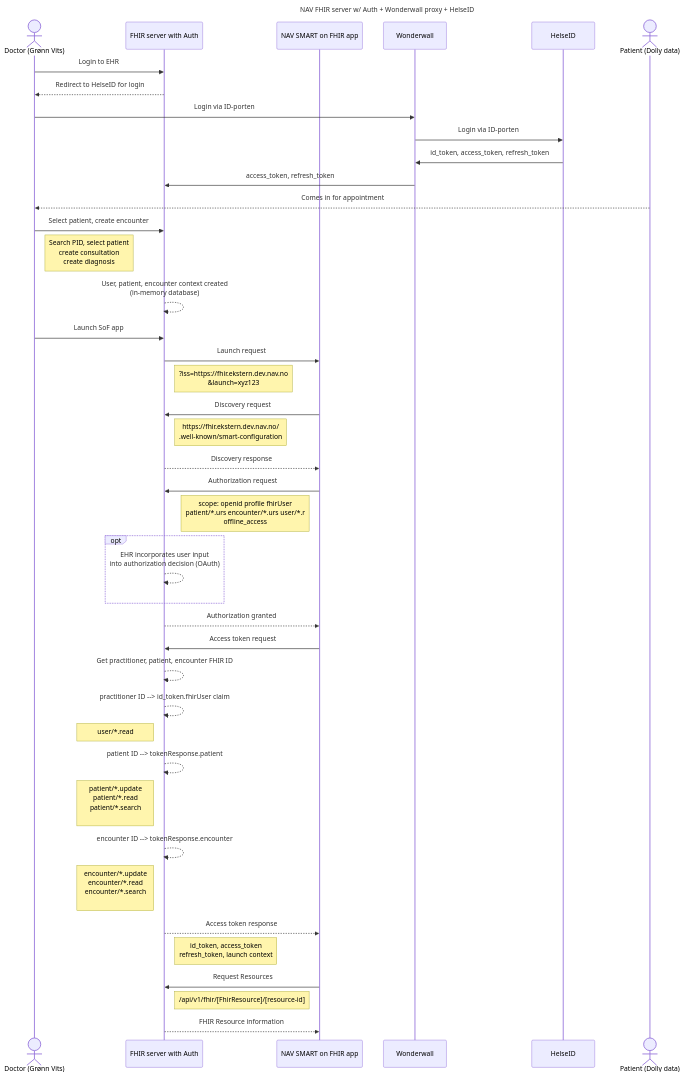
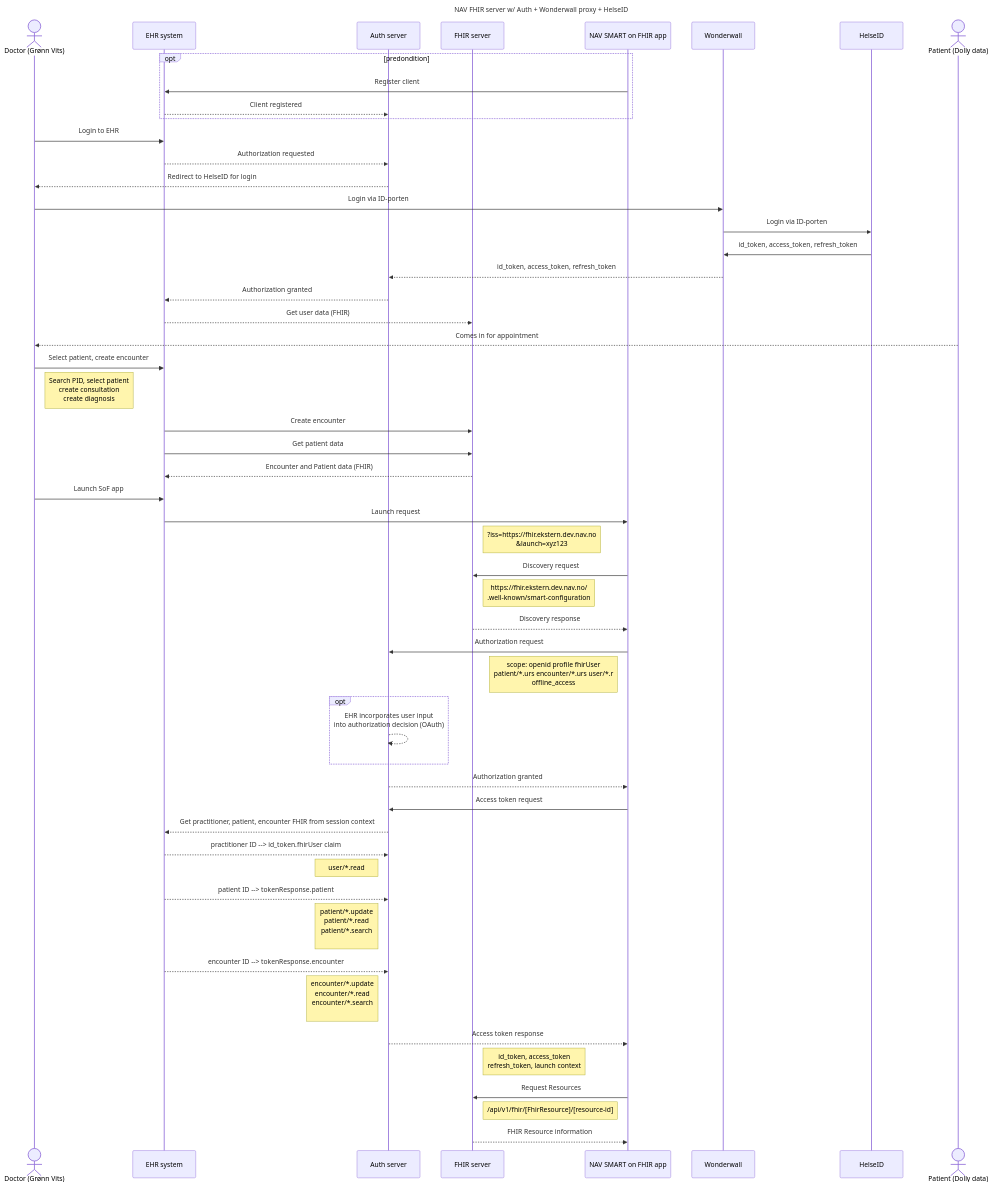
One commit to navikt/nav-fhir-server changed the diagram in README.md. Above: the diagram before and after it, drawn with Mermaid. The commit also changed other lines of this file, not shown here.

Commit message:
Update mermaid chart

````diff
--- a/README.md
+++ b/README.md
@@ -13,48 +24,59 @@
 ```mermaid
 ---
 title: NAV FHIR server w/ Auth + Wonderwall proxy + HelseID
 ---
 sequenceDiagram
     actor DOC as Doctor (Grønn Vits)
-    participant FHIR as FHIR server with Auth
+    participant EHR as EHR system
+    participant AUTH as Auth server
+    participant FHIR as FHIR server
     participant NAV as NAV SMART on FHIR app
     participant WALL as Wonderwall
     participant HID as HelseID
     actor PAT as Patient (Dolly data)
-
-    DOC ->> FHIR: Login to EHR
-    FHIR -->> DOC: Redirect to HelseID for login
+    
+    opt predondition 
+        NAV ->> EHR: Register client
+        EHR -->> AUTH: Client registered
+    end
+    DOC ->> EHR: Login to EHR
+    EHR -->> AUTH:  Authorization requested
+    AUTH -->> DOC: Redirect to HelseID for login
     DOC ->> WALL: Login via ID-porten
     WALL ->> HID: Login via ID-porten
     HID ->> WALL: id_token, access_token, refresh_token
-    WALL ->> FHIR: access_token, refresh_token
+    WALL -->> AUTH: id_token, access_token, refresh_token
+    AUTH -->> EHR:  Authorization granted
+    EHR -->> FHIR:  Get user data (FHIR)
     PAT -->> DOC: Comes in for appointment
-    DOC ->> FHIR: Select patient, create encounter
+    DOC ->> EHR: Select patient, create encounter
     Note right of DOC: Search PID, select patient<br>create consultation<br>create diagnosis
-    FHIR -->> FHIR: User, patient, encounter context created<br>(in-memory database)
-    DOC ->> FHIR: Launch SoF app
-    FHIR ->> NAV: Launch request
+    EHR ->> FHIR: Create encounter
+    EHR ->> FHIR: Get patient data
+    FHIR -->> EHR: Encounter and Patient data (FHIR)
+    DOC ->> EHR: Launch SoF app
+    EHR ->> NAV: Launch request
     Note right of FHIR: ?iss=https://fhir.ekstern.dev.nav.no<br>&launch=xyz123
     NAV ->> FHIR: Discovery request
     Note right of FHIR: https://fhir.ekstern.dev.nav.no/<br>.well-known/smart-configuration
     FHIR -->> NAV: Discovery response
-    NAV ->> FHIR: Authorization request
+    NAV ->> AUTH: Authorization request
     note left of NAV: scope: openid profile fhirUser<br>patient/*.urs encounter/*.urs user/*.r<br>offline_access
     opt
-        FHIR -->> FHIR: EHR incorporates user input<br>into authorization decision (OAuth)
+        AUTH -->> AUTH: EHR incorporates user input<br>into authorization decision (OAuth)
     end
-    FHIR -->> NAV: Authorization granted
-    NAV ->> FHIR: Access token request
-    FHIR -->> FHIR: Get practitioner, patient, encounter FHIR ID
-    FHIR -->> FHIR: practitioner ID --> id_token.fhirUser claim
-    Note left of FHIR: user/*.read
-    FHIR -->> FHIR: patient ID --> tokenResponse.patient
-    Note left of FHIR: patient/*.update<br>patient/*.read<br>patient/*.search<br>
-    FHIR -->> FHIR: encounter ID --> tokenResponse.encounter
-    Note left of FHIR: encounter/*.update<br>encounter/*.read<br>encounter/*.search<br>
-    FHIR -->> NAV: Access token response
+    AUTH -->> NAV: Authorization granted
+    NAV ->> AUTH: Access token request
+    AUTH -->> EHR: Get practitioner, patient, encounter FHIR from session context
+    EHR -->> AUTH: practitioner ID --> id_token.fhirUser claim
+    Note left of AUTH: user/*.read
+    EHR -->> AUTH: patient ID --> tokenResponse.patient
+    Note left of AUTH: patient/*.update<br>patient/*.read<br>patient/*.search<br>
+    EHR -->> AUTH: encounter ID --> tokenResponse.encounter
+    Note left of AUTH: encounter/*.update<br>encounter/*.read<br>encounter/*.search<br>
+    AUTH -->> NAV: Access token response
     Note right of FHIR: id_token, access_token<br>refresh_token, launch context
     NAV ->> FHIR: Request Resources
     Note left of NAV: /api/v1/fhir/[FhirResource]/[resource-id]
     FHIR -->> NAV: FHIR Resource information
 ```
````
